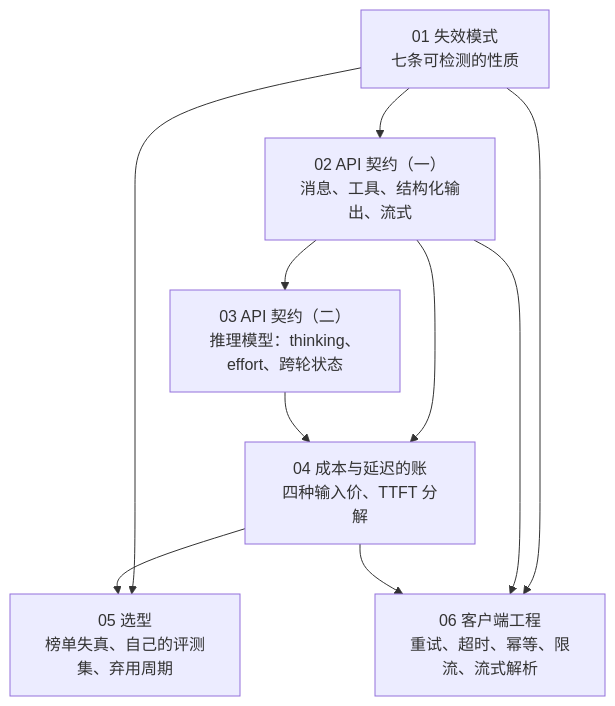
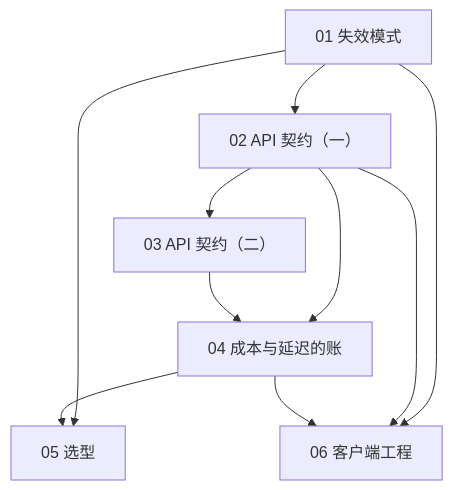
Before and after one commit to arganzheng/arganzheng.github.com: the first of 9 diagrams in slides/2026-10-04-model-as-component.md, drawn with Mermaid. The commit also changed other lines of this file, not shown here.

Commit message:
slides(2026-10-04-model-as-component): 图内文字 ≥14px——标签缩短/拆分/Unicode 数学

````diff
--- a/slides/2026-10-04-model-as-component.md
+++ b/slides/2026-10-04-model-as-component.md
@@ -26,9 +26,9 @@
 ```mermaid
 %%{init: {"flowchart": {"wrappingWidth": 170}}}%%
 flowchart TB
-    C1["01 失效模式<br/>七条可检测的性质"] --> C2["02 API 契约（一）<br/>消息、工具、结构化输出、流式"]
-    C2 --> C3["03 API 契约（二）<br/>推理模型：thinking、effort、跨轮状态"]
-    C2 & C3 --> C4["04 成本与延迟的账<br/>四种输入价、TTFT 分解"]
-    C1 & C4 --> C5["05 选型<br/>榜单失真、自己的评测集、弃用周期"]
-    C1 & C2 & C4 --> C6["06 客户端工程<br/>重试、超时、幂等、限流、流式解析"]
+    C1["01 失效模式"] --> C2["02 API 契约（一）"]
+    C2 --> C3["03 API 契约（二）"]
+    C2 & C3 --> C4["04 成本与延迟的账"]
+    C1 & C4 --> C5["05 选型"]
+    C1 & C2 & C4 --> C6["06 客户端工程"]
 ```
````
